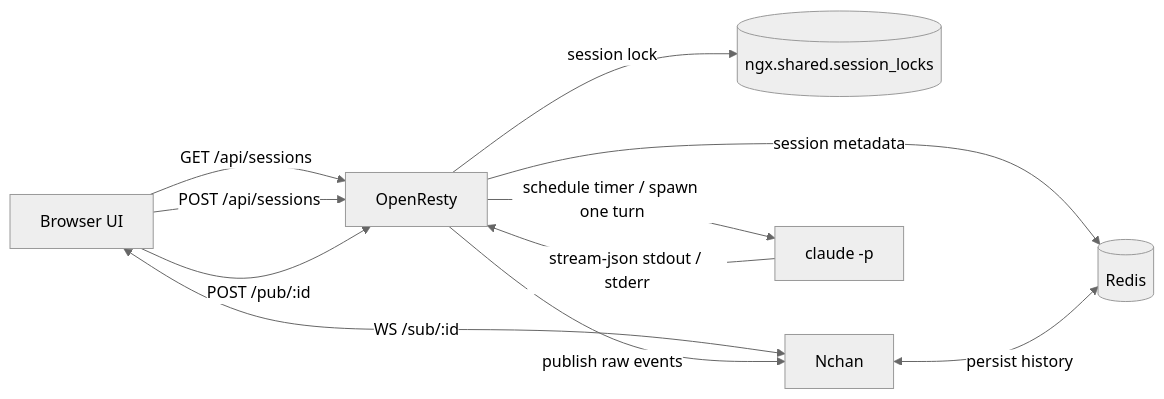
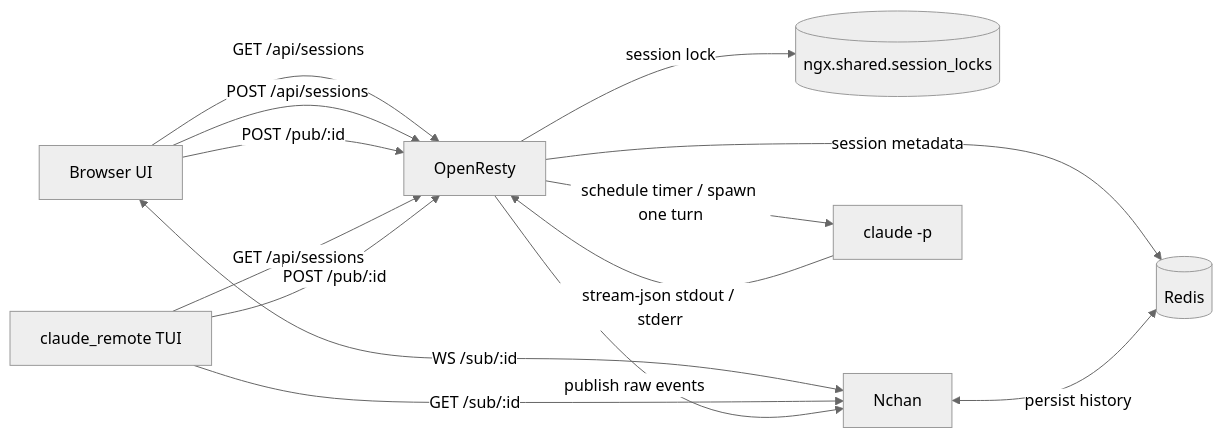
Before and after one commit to lloydzhou/claude-hub: the diagram in README.en.md, drawn with Mermaid (neutral theme). The commit also changed other lines of this file and 1 other file, not shown here.

Commit message:
docs: include tui in architecture diagram

````diff
--- a/README.en.md
+++ b/README.en.md
@@ -15,21 +15,26 @@
 ```mermaid
 flowchart LR
   UI[Browser UI]
+  TUI[claude_remote TUI]
   OR[OpenResty]
   REDIS[(Redis)]
   SHM[(ngx.shared.session_locks)]
   NCHAN[Nchan]
   CLAUDE[claude -p]
 
   UI -->|GET /api/sessions| OR
   UI -->|POST /api/sessions| OR
   UI -->|POST /pub/:id| OR
   UI <-->|WS /sub/:id| NCHAN
 
+  TUI -->|GET /api/sessions| OR
+  TUI -->|GET /sub/:id| NCHAN
+  TUI -->|POST /pub/:id| OR
+
   OR -->|session lock| SHM
   OR -->|session metadata| REDIS
   OR -->|schedule timer / spawn one turn| CLAUDE
   CLAUDE -->|stream-json stdout / stderr| OR
   OR -->|publish raw events| NCHAN
   NCHAN <-->|persist history| REDIS
 ```
````
